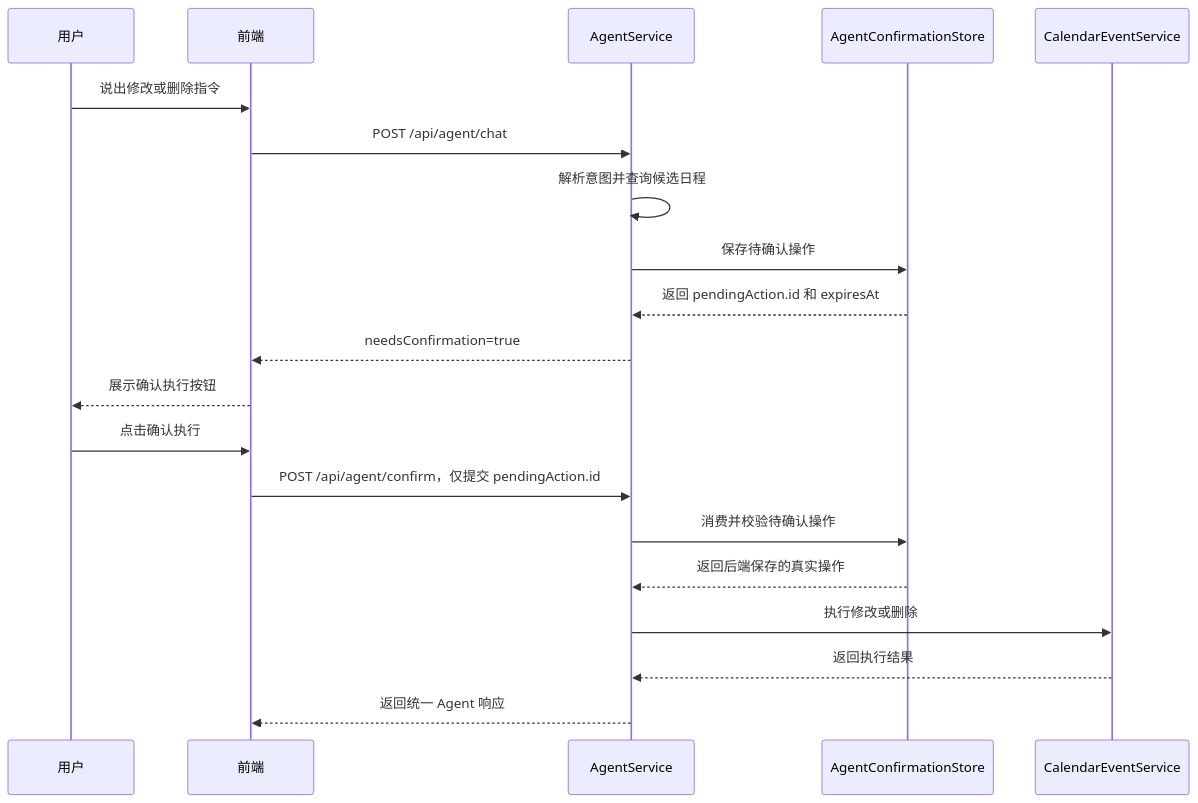
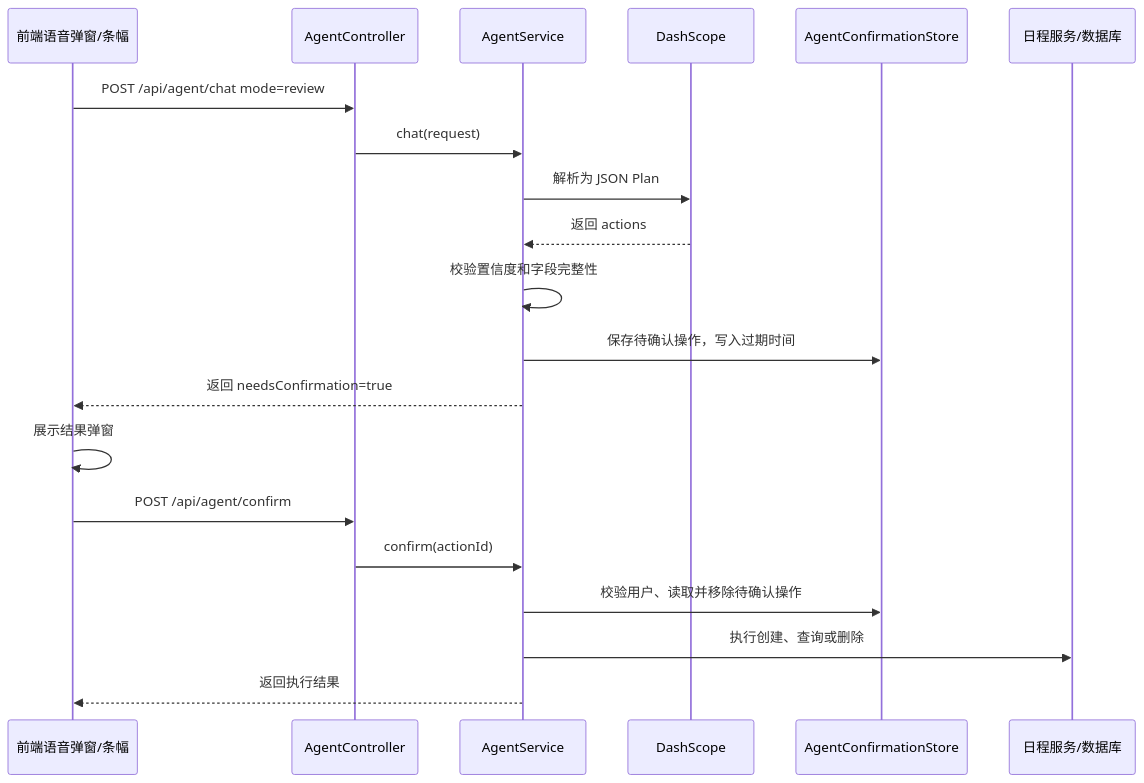
Before and after one commit to 519722490/Voice-Calendar: the first of 3 diagrams in docs/agent-execution-modes.md, drawn with Mermaid. The commit also changed other lines of this file and 22 other files, not shown here.

````diff
--- a/docs/agent-execution-modes.md
+++ b/docs/agent-execution-modes.md
@@ -176,23 +44,23 @@
 ```mermaid
 sequenceDiagram
-  participant U as 用户
-  participant F as 前端
-  participant A as AgentService
-  participant S as AgentConfirmationStore
-  participant C as CalendarEventService
+    participant FE as 前端语音弹窗/条幅
+    participant API as AgentController
+    participant AG as AgentService
+    participant LLM as DashScope
+    participant STORE as AgentConfirmationStore
+    participant DB as 日程服务/数据库
 
-  U->>F: 说出修改或删除指令
-  F->>A: POST /api/agent/chat
-  A->>A: 解析意图并查询候选日程
-  A->>S: 保存待确认操作
-  S-->>A: 返回 pendingAction.id 和 expiresAt
-  A-->>F: needsConfirmation=true
-  F-->>U: 展示确认执行按钮
-  U->>F: 点击确认执行
-  F->>A: POST /api/agent/confirm，仅提交 pendingAction.id
-  A->>S: 消费并校验待确认操作
-  S-->>A: 返回后端保存的真实操作
-  A->>C: 执行修改或删除
-  C-->>A: 返回执行结果
-  A-->>F: 返回统一 Agent 响应
+    FE->>API: POST /api/agent/chat mode=review
+    API->>AG: chat(request)
+    AG->>LLM: 解析为 JSON Plan
+    LLM-->>AG: 返回 actions
+    AG->>AG: 校验置信度和字段完整性
+    AG->>STORE: 保存待确认操作，写入过期时间
+    AG-->>FE: 返回 needsConfirmation=true
+    FE->>FE: 展示结果弹窗
+    FE->>API: POST /api/agent/confirm
+    API->>AG: confirm(actionId)
+    AG->>STORE: 校验用户、读取并移除待确认操作
+    AG->>DB: 执行创建、查询或删除
+    AG-->>FE: 返回执行结果
 ```
````
